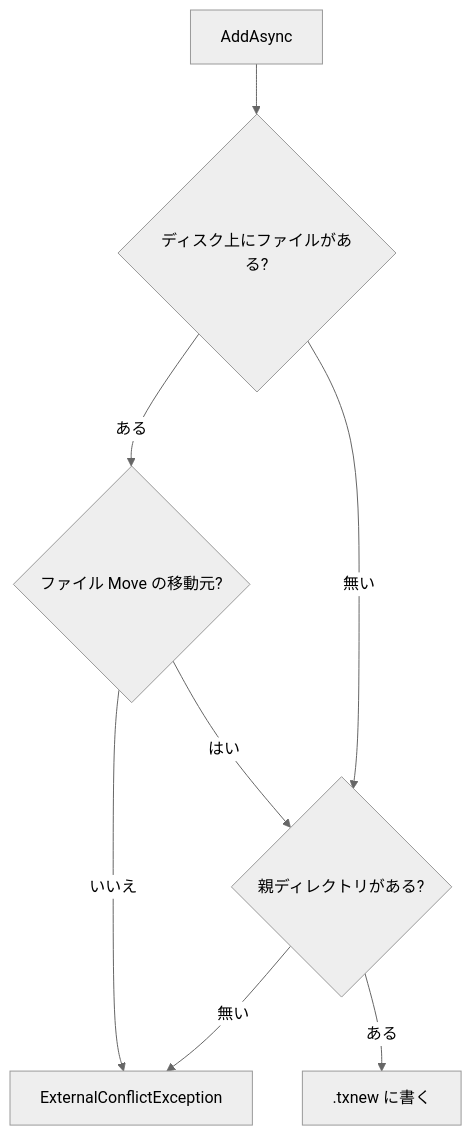
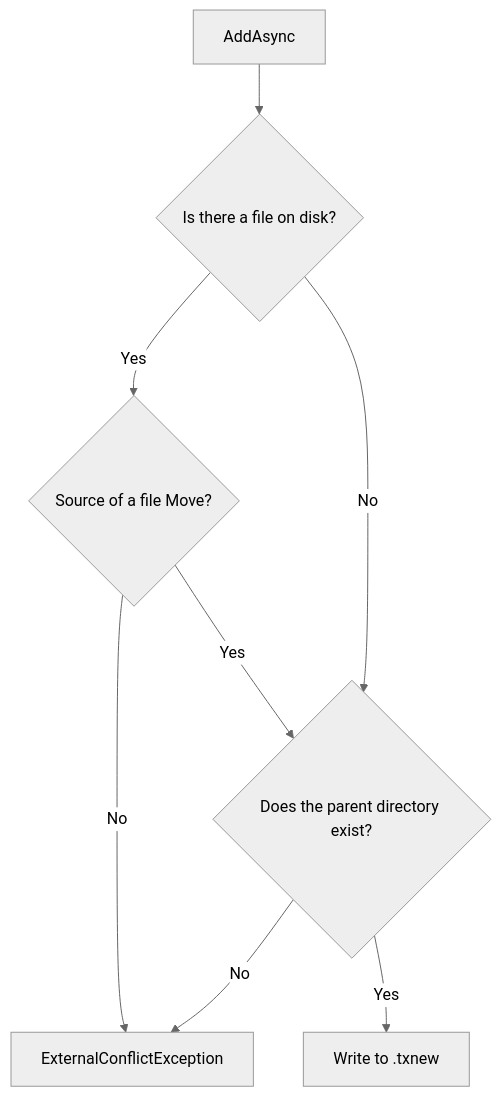
The third of 15 diagrams in README.md (YUKIKEDA/Txfio), drawn with Mermaid (neutral theme) before and after one commit. The commit also changed other lines of this file and 218 other files, not shown here.

````diff
--- a/README.md
+++ b/README.md
@@ -188,10 +190,10 @@
 ```mermaid
 flowchart TD
-  add["AddAsync"] --> exists{"ディスク上にファイルがある?"}
-  exists -->|ある| moved{"ファイル Move の移動元?"}
-  moved -->|いいえ| ext["ExternalConflictException"]
-  moved -->|はい| parent{"親ディレクトリがある?"}
-  exists -->|無い| parent
-  parent -->|無い| ext
-  parent -->|ある| ok[".txnew に書く"]
+  add["AddAsync"] --> exists{"Is there a file on disk?"}
+  exists -->|Yes| moved{"Source of a file Move?"}
+  moved -->|No| ext["ExternalConflictException"]
+  moved -->|Yes| parent{"Does the parent directory exist?"}
+  exists -->|No| parent
+  parent -->|No| ext
+  parent -->|Yes| ok["Write to .txnew"]
 ```
````
